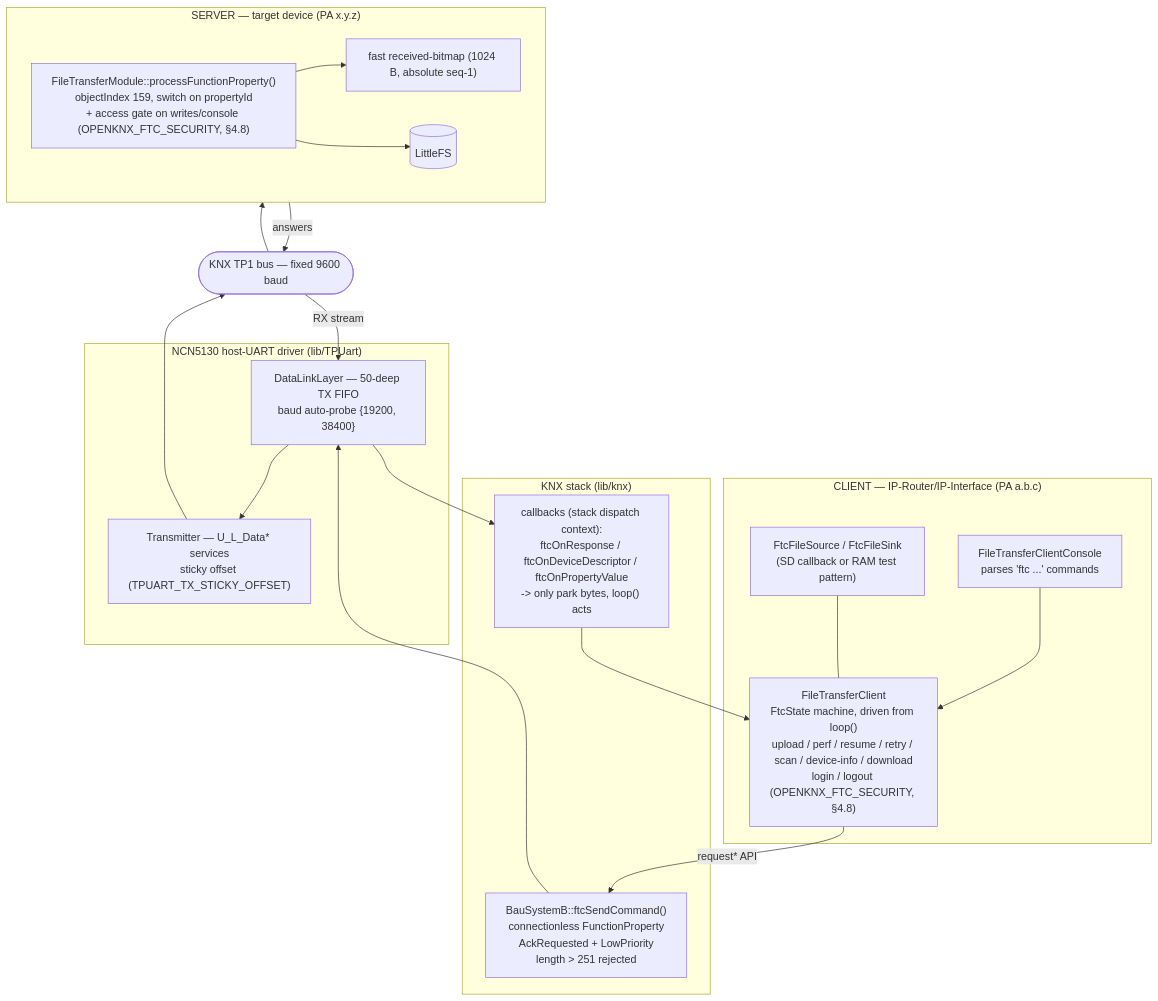
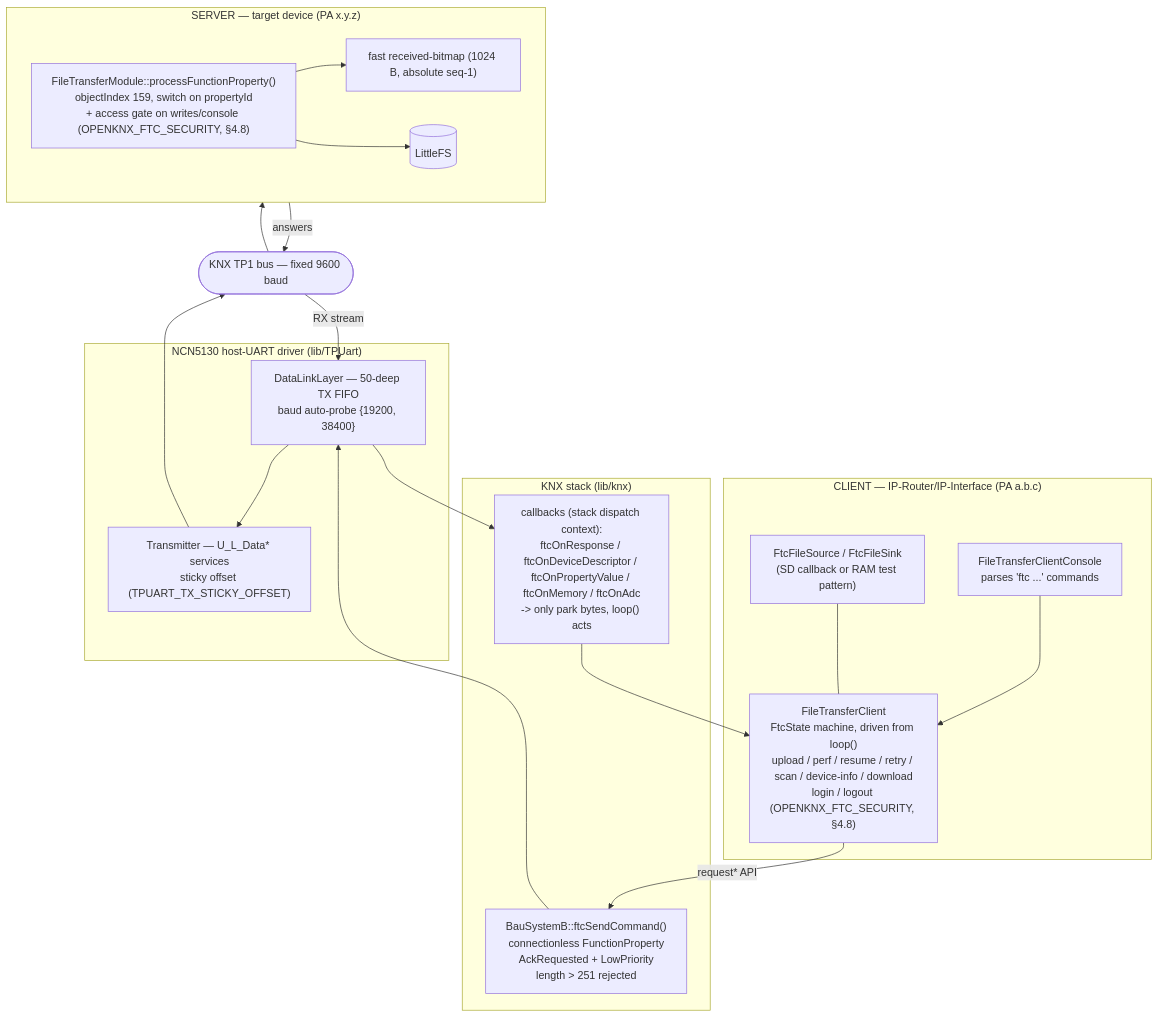
The first of 2 diagrams in README_FTC.md (OpenKNX/OFM-FileTransferModule), drawn with Mermaid before and after one commit. The commit also changed other lines of this file and 5 other files, not shown here.

````diff
--- a/README_FTC.md
+++ b/README_FTC.md
@@ -81,30 +81,30 @@
 ```mermaid
 flowchart TD
     subgraph CLIENT["CLIENT — IP-Router/IP-Interface (PA a.b.c)"]
         CON["FileTransferClientConsole<br/>parses 'ftc ...' commands"]
         FSM["FileTransferClient<br/>FtcState machine, driven from loop()<br/>upload / perf / resume / retry / scan / device-info / download<br/>login / logout (OPENKNX_FTC_SECURITY, §4.8)"]
         SRC["FtcFileSource / FtcFileSink<br/>(SD callback or RAM test pattern)"]
         CON --> FSM
         SRC --- FSM
     end
     subgraph BAU["KNX stack (lib/knx)"]
         TX["BauSystemB::ftcSendCommand()<br/>connectionless FunctionProperty<br/>AckRequested + LowPriority<br/>length &gt; 251 rejected"]
-        CB["callbacks (stack dispatch context):<br/>ftcOnResponse / ftcOnDeviceDescriptor / ftcOnPropertyValue<br/>-> only park bytes, loop() acts"]
+        CB["callbacks (stack dispatch context):<br/>ftcOnResponse / ftcOnDeviceDescriptor / ftcOnPropertyValue / ftcOnMemory / ftcOnAdc<br/>-> only park bytes, loop() acts"]
     end
     subgraph WIRE["NCN5130 host-UART driver (lib/TPUart)"]
         DLL["DataLinkLayer — 50-deep TX FIFO<br/>baud auto-probe {19200, 38400}"]
         TR["Transmitter — U_L_Data* services<br/>sticky offset (TPUART_TX_STICKY_OFFSET)"]
     end
     TP(["KNX TP1 bus — fixed 9600 baud"])
     subgraph SERVER["SERVER — target device (PA x.y.z)"]
         DISP["FileTransferModule::processFunctionProperty()<br/>objectIndex 159, switch on propertyId<br/>+ access gate on writes/console (OPENKNX_FTC_SECURITY, §4.8)"]
         BMP["fast received-bitmap (1024 B, absolute seq-1)"]
         LFS[("LittleFS")]
         DISP --> BMP
         DISP --> LFS
     end
 
     FSM -->|"request* API"| TX
     TX --> DLL --> TR --> TP --> SERVER
     SERVER -->|answers| TP -->|RX stream| DLL --> CB --> FSM
 ```
````
